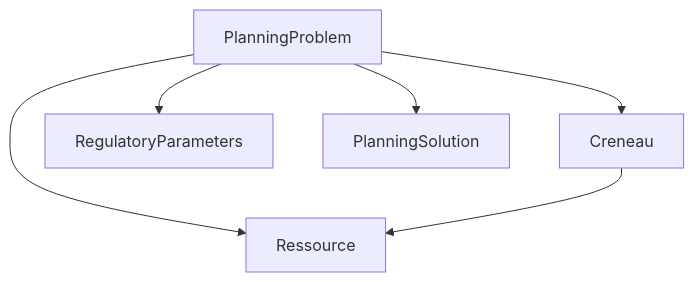
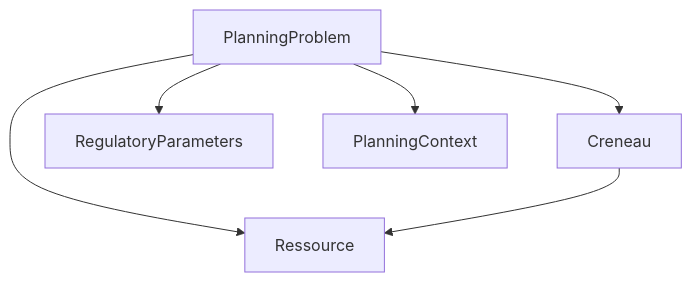
Before and after one commit to cpovereau/ocealia-planning-engine: the first of 3 diagrams in docs/30_UML_OPTAPLANNER.md, drawn with Mermaid. The commit also changed other lines of this file and 15 other files, not shown here.

````diff
--- a/docs/30_UML_OPTAPLANNER.md
+++ b/docs/30_UML_OPTAPLANNER.md
@@ -5,11 +5,11 @@
 ```mermaid
 flowchart TD
 
 PlanningProblem --> Creneau
 PlanningProblem --> Ressource
 PlanningProblem --> RegulatoryParameters
+PlanningProblem --> PlanningContext
 
 Creneau --> Ressource
-PlanningProblem --> PlanningSolution
 
 ```
````
